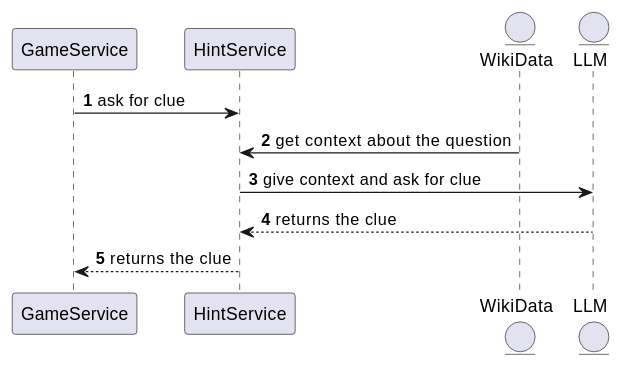
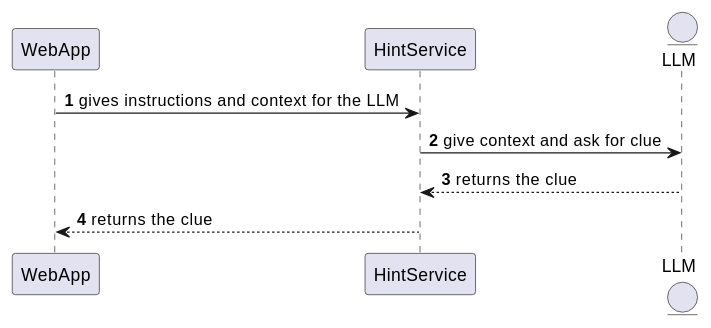
Before and after one commit to Arquisoft/wichat_en3a: the fifth of 5 diagrams in docs/src/06_runtime_view.adoc, drawn with PlantUML. The commit also changed other lines of this file, not shown here.

```diff
--- a/docs/src/06_runtime_view.adoc
+++ b/docs/src/06_runtime_view.adoc
@@ -165,14 +157,12 @@
 [plantuml,"Hint generation diagram",png]
 ----
 autonumber
-participant GameService
+participant WebApp
 participant HintService
-entity WikiData
 entity LLM
 
-GameService -> HintService: ask for clue
-WikiData -> HintService : get context about the question
+WebApp -> HintService: gives instructions and context for the LLM
 HintService -> LLM: give context and ask for clue
 LLM --> HintService: returns the clue
-HintService --> GameService: returns the clue
+HintService --> WebApp: returns the clue
 ----
```
